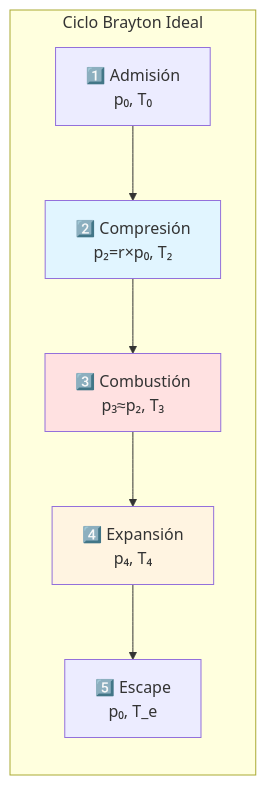
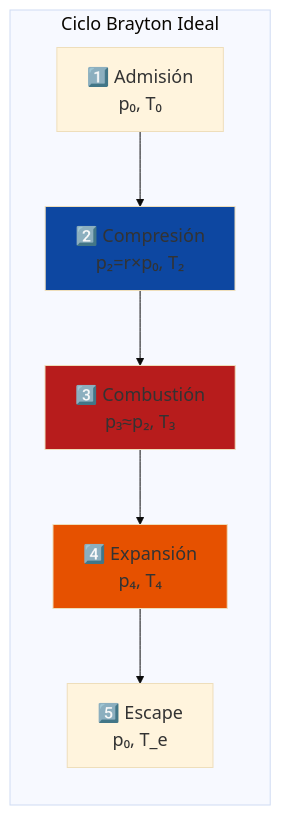
One commit to Ai-Whisperers/Courses-Content changed the tenth of 16 diagrams in courses/🟡-development/FPUNA-2026/03-INGENIERIA-AERONAUTICA/04-sistemas-propulsion.md. Above: the diagram before and after it, drawn with Mermaid. The commit also changed other lines of this file and 47 other files, not shown here.

First line of the commit message:
fix: Make all 473 diagrams WCAG AAA accessible (FPUNA-2026)

````diff
--- a/courses/🟡-development/FPUNA-2026/03-INGENIERIA-AERONAUTICA/04-sistemas-propulsion.md
+++ b/courses/🟡-development/FPUNA-2026/03-INGENIERIA-AERONAUTICA/04-sistemas-propulsion.md
@@ -571,19 +580,20 @@
 ```mermaid
+%%{init: {'theme':'base', 'themeVariables': {'fontSize':'18px'}}}%%
 graph LR
     subgraph "Ciclo Brayton Ideal"
         A[1️⃣ Admisión<br/>p₀, T₀]
         B[2️⃣ Compresión<br/>p₂=r×p₀, T₂]
         C[3️⃣ Combustión<br/>p₃≈p₂, T₃]
         D[4️⃣ Expansión<br/>p₄, T₄]
         E[5️⃣ Escape<br/>p₀, T_e]
         
         A --> B
         B --> C
         C --> D
         D --> E
     end
     
-    style B fill:#E1F5FF
-    style C fill:#FFE1E1
-    style D fill:#FFF4E1
+    style B fill:#0d47a1
+    style C fill:#b71c1c
+    style D fill:#e65100
 ```
````
